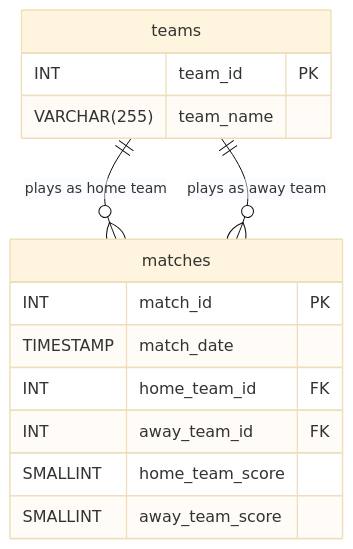
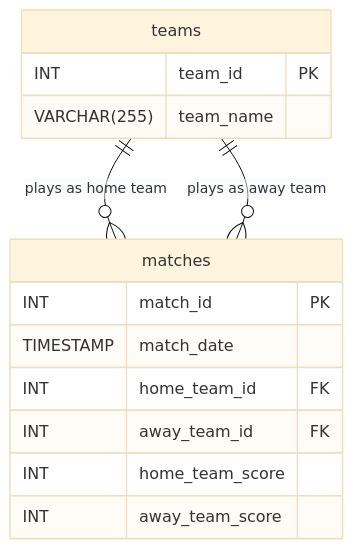
One commit to mmantle-hud/githubpages changed the second of 2 diagrams in module_3_relationships/3.1_one_to_many_relationships/3.1.3_reading_more_one_to_many_examples.md. Above: the diagram before and after it, drawn with Mermaid (base theme). The commit also changed other lines of this file, not shown here.

```diff
--- a/module_3_relationships/3.1_one_to_many_relationships/3.1.3_reading_more_one_to_many_examples.md
+++ b/module_3_relationships/3.1_one_to_many_relationships/3.1.3_reading_more_one_to_many_examples.md
@@ -108,19 +109,19 @@
 <pre class="mermaid">
 erDiagram
     accTitle: Logical model.
     accDescr: Logical model showing football teams and matches.
     teams||--o{matches : "plays as home team"
     teams||--o{matches : "plays as away team"
     teams{
         INT team_id PK
         VARCHAR(255) team_name
     }
     matches{
         INT match_id PK
         TIMESTAMP match_date
         INT home_team_id FK 
         INT away_team_id FK
-        SMALLINT home_team_score 
-        SMALLINT away_team_score
+        INT home_team_score 
+        INT away_team_score
     }
 </pre>
```
